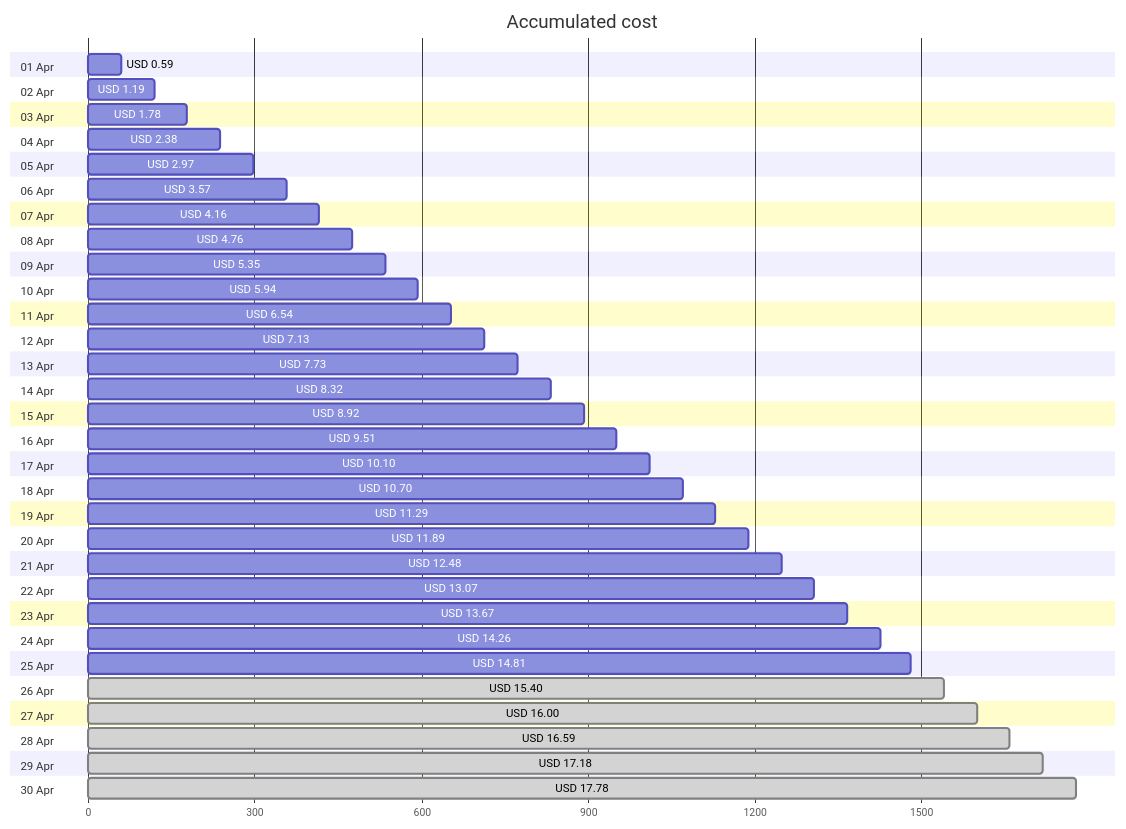
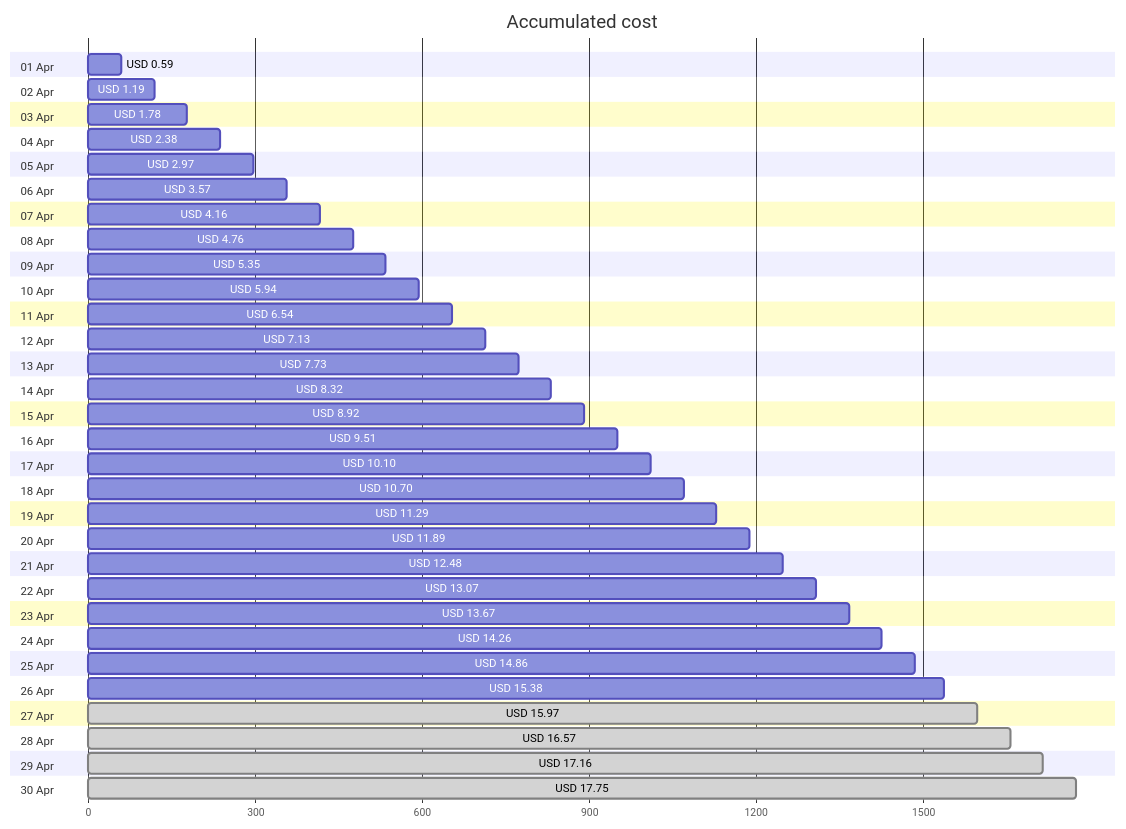
One commit to jpfulton/azure-personal-reports changed the first of 4 diagrams in cost-reports/personal-site/README.md. Above: the diagram before and after it, drawn with Mermaid. The commit also changed other lines of this file and 7 other files, not shown here.

````diff
--- a/cost-reports/personal-site/README.md
+++ b/cost-reports/personal-site/README.md
@@ -20,66 +20,66 @@
 ```mermaid
 gantt
    title Accumulated cost
    dateFormat  X
    axisFormat %s
    section 01 Apr
    USD 0.59 :0, 59
    section 02 Apr
    USD 1.19 :0, 119
    section 03 Apr
    USD 1.78 :0, 178
    section 04 Apr
    USD 2.38 :0, 238
    section 05 Apr
    USD 2.97 :0, 297
    section 06 Apr
    USD 3.57 :0, 357
    section 07 Apr
    USD 4.16 :0, 416
    section 08 Apr
    USD 4.76 :0, 476
    section 09 Apr
    USD 5.35 :0, 535
    section 10 Apr
    USD 5.94 :0, 594
    section 11 Apr
    USD 6.54 :0, 654
    section 12 Apr
    USD 7.13 :0, 713
    section 13 Apr
    USD 7.73 :0, 773
    section 14 Apr
    USD 8.32 :0, 832
    section 15 Apr
    USD 8.92 :0, 892
    section 16 Apr
    USD 9.51 :0, 951
    section 17 Apr
    USD 10.10 :0, 1010
    section 18 Apr
    USD 10.70 :0, 1070
    section 19 Apr
    USD 11.29 :0, 1129
    section 20 Apr
    USD 11.89 :0, 1189
    section 21 Apr
    USD 12.48 :0, 1248
    section 22 Apr
    USD 13.07 :0, 1307
    section 23 Apr
    USD 13.67 :0, 1367
    section 24 Apr
    USD 14.26 :0, 1426
    section 25 Apr
-   USD 14.81 :0, 1481
+   USD 14.86 :0, 1486
    section 26 Apr
-   USD 15.40 : done, 0, 1540
+   USD 15.38 :0, 1538
    section 27 Apr
-   USD 16.00 : done, 0, 1600
+   USD 15.97 : done, 0, 1597
    section 28 Apr
-   USD 16.59 : done, 0, 1659
+   USD 16.57 : done, 0, 1657
    section 29 Apr
-   USD 17.18 : done, 0, 1718
+   USD 17.16 : done, 0, 1716
    section 30 Apr
-   USD 17.78 : done, 0, 1778
+   USD 17.75 : done, 0, 1775
 ```
````
